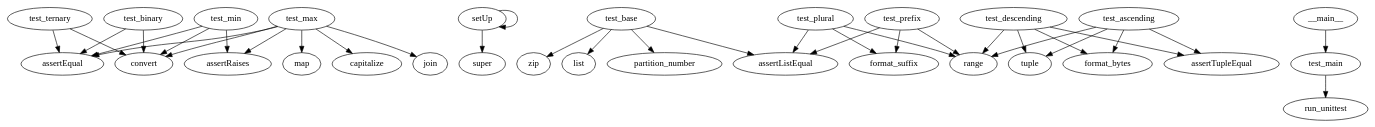
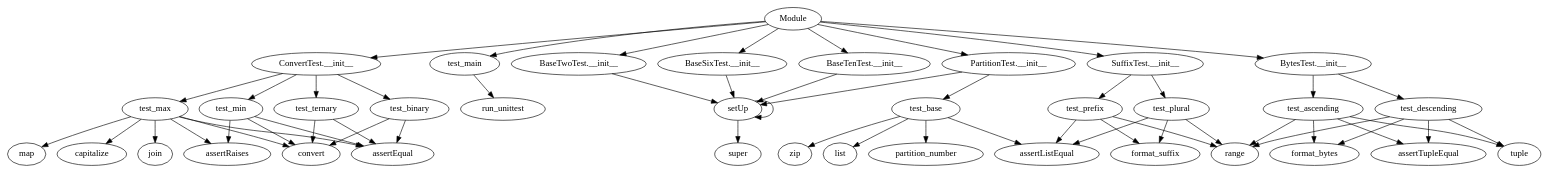
The diagram in CallGraph_dots/TestByt2Str.dot (JordanCoyne97/Final_Year_Project), drawn with Graphviz before and after one commit. The commit also changed 164 other files, not shown here.

```diff
--- a/CallGraph_dots/TestByt2Str.dot
+++ b/CallGraph_dots/TestByt2Str.dot
@@ -1,66 +1,93 @@
 digraph  {
 test_min;
 assertEqual;
 convert;
 assertRaises;
 test_max;
 map;
 capitalize;
 join;
 test_ternary;
 test_binary;
 setUp;
 test_base;
 zip;
 list;
 partition_number;
 assertListEqual;
 super;
 test_ascending;
 tuple;
 format_bytes;
 range;
 assertTupleEqual;
 test_descending;
 test_prefix;
 format_suffix;
 test_plural;
 test_main;
 run_unittest;
-__main__;
+Module;
+"ConvertTest.__init__";
+"PartitionTest.__init__";
+"BaseTwoTest.__init__";
+"BaseSixTest.__init__";
+"BaseTenTest.__init__";
+"BytesTest.__init__";
+"SuffixTest.__init__";
 test_min -> assertEqual;
 test_min -> convert;
 test_min -> assertRaises;
 test_max -> map;
 test_max -> capitalize;
 test_max -> assertEqual;
 test_max -> convert;
 test_max -> join;
 test_max -> assertRaises;
 test_ternary -> convert;
 test_ternary -> assertEqual;
 test_binary -> convert;
 test_binary -> assertEqual;
 setUp -> setUp;
 setUp -> super;
 test_base -> zip;
 test_base -> list;
 test_base -> partition_number;
 test_base -> assertListEqual;
 test_ascending -> tuple;
 test_ascending -> format_bytes;
 test_ascending -> range;
 test_ascending -> assertTupleEqual;
 test_descending -> tuple;
 test_descending -> format_bytes;
 test_descending -> range;
 test_descending -> assertTupleEqual;
 test_prefix -> format_suffix;
 test_prefix -> range;
 test_prefix -> assertListEqual;
 test_plural -> format_suffix;
 test_plural -> range;
 test_plural -> assertListEqual;
 test_main -> run_unittest;
-__main__ -> test_main;
+Module -> "ConvertTest.__init__";
+Module -> "PartitionTest.__init__";
+Module -> "BaseTwoTest.__init__";
+Module -> "BaseSixTest.__init__";
+Module -> "BaseTenTest.__init__";
+Module -> "BytesTest.__init__";
+Module -> "SuffixTest.__init__";
+Module -> test_main;
+"ConvertTest.__init__" -> test_min;
+"ConvertTest.__init__" -> test_max;
+"ConvertTest.__init__" -> test_ternary;
+"ConvertTest.__init__" -> test_binary;
+"PartitionTest.__init__" -> setUp;
+"PartitionTest.__init__" -> test_base;
+"BaseTwoTest.__init__" -> setUp;
+"BaseSixTest.__init__" -> setUp;
+"BaseTenTest.__init__" -> setUp;
+"BytesTest.__init__" -> test_ascending;
+"BytesTest.__init__" -> test_descending;
+"SuffixTest.__init__" -> test_prefix;
+"SuffixTest.__init__" -> test_plural;
 }
```
